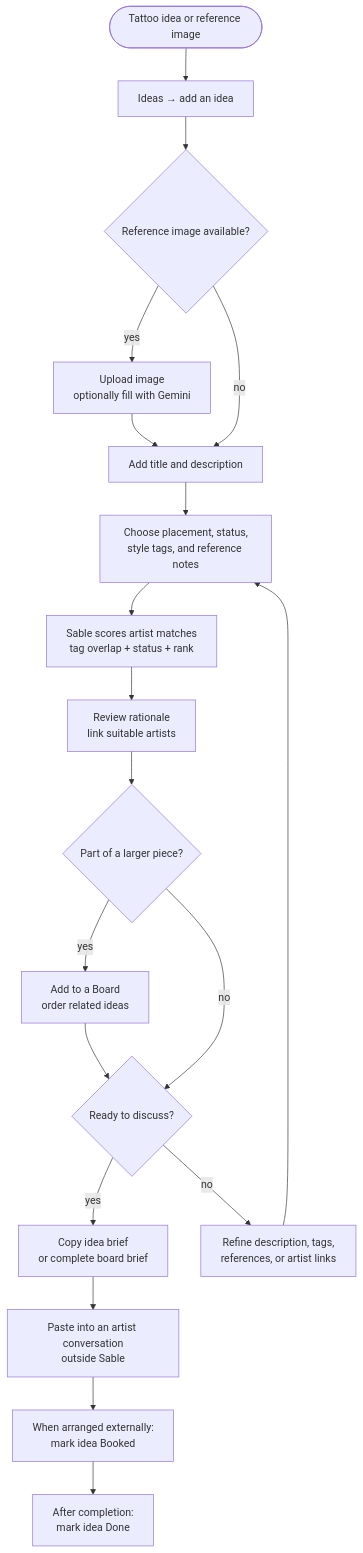
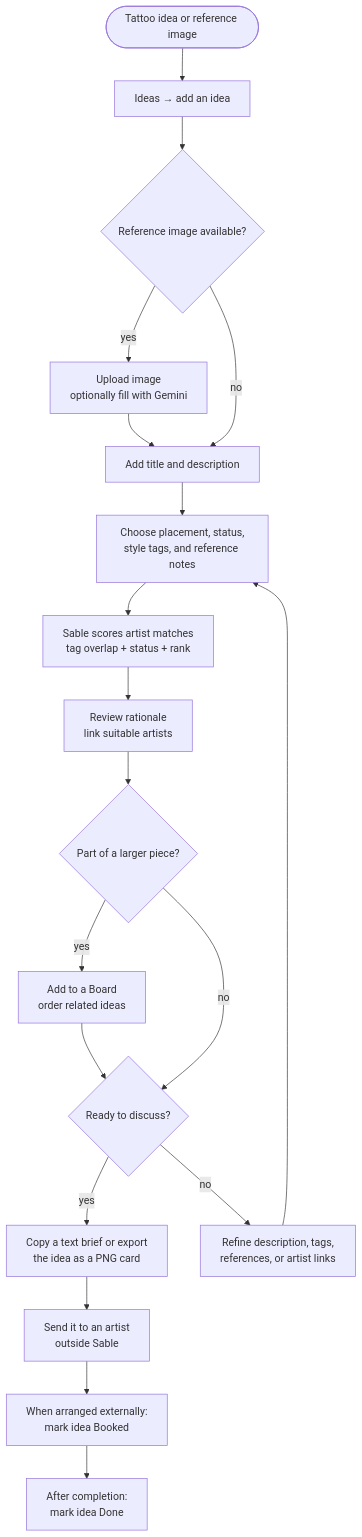
The third of 8 diagrams in docs/USER-WORKFLOWS.md (Pritesh1980/sable), drawn with Mermaid before and after one commit. The commit also changed other lines of this file and 7 other files, not shown here.

````diff
--- a/docs/USER-WORKFLOWS.md
+++ b/docs/USER-WORKFLOWS.md
@@ -124,28 +124,28 @@
 ```mermaid
 flowchart TB
   START(["Tattoo idea or reference image"])
   NEW["Ideas → add an idea"]
   IMAGE{"Reference image available?"}
   FILL["Upload image<br/>optionally fill with Gemini"]
   WRITE["Add title and description"]
   SHAPE["Choose placement, status,<br/>style tags, and reference notes"]
   MATCH["Sable scores artist matches<br/>tag overlap + status + rank"]
   LINK["Review rationale<br/>link suitable artists"]
   BOARD{"Part of a larger piece?"}
   GROUP["Add to a Board<br/>order related ideas"]
   READY{"Ready to discuss?"}
-  COPY["Copy idea brief<br/>or complete board brief"]
-  SHARE["Paste into an artist conversation<br/>outside Sable"]
+  COPY["Copy a text brief or export<br/>the idea as a PNG card"]
+  SHARE["Send it to an artist<br/>outside Sable"]
   BOOKED["When arranged externally:<br/>mark idea Booked"]
   DONE["After completion:<br/>mark idea Done"]
   REFINE["Refine description, tags,<br/>references, or artist links"]
 
   START --> NEW --> IMAGE
   IMAGE -- yes --> FILL --> WRITE
   IMAGE -- no --> WRITE
   WRITE --> SHAPE --> MATCH --> LINK --> BOARD
   BOARD -- yes --> GROUP --> READY
   BOARD -- no --> READY
   READY -- yes --> COPY --> SHARE --> BOOKED --> DONE
   READY -- no --> REFINE --> SHAPE
 ```
````
